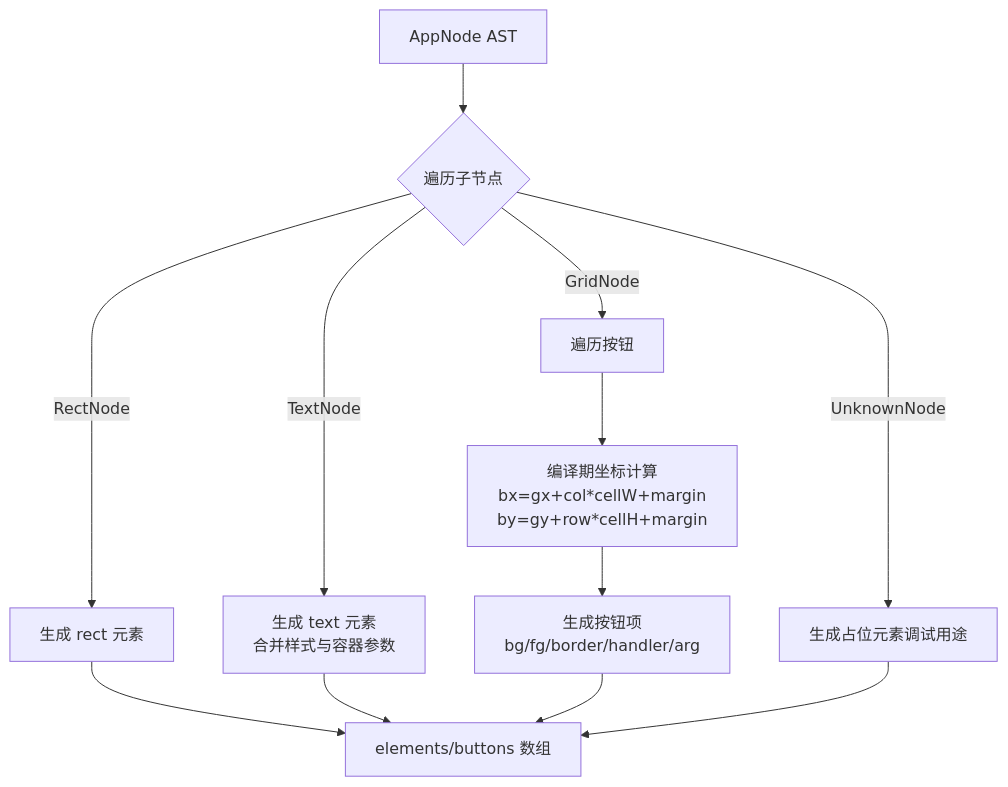
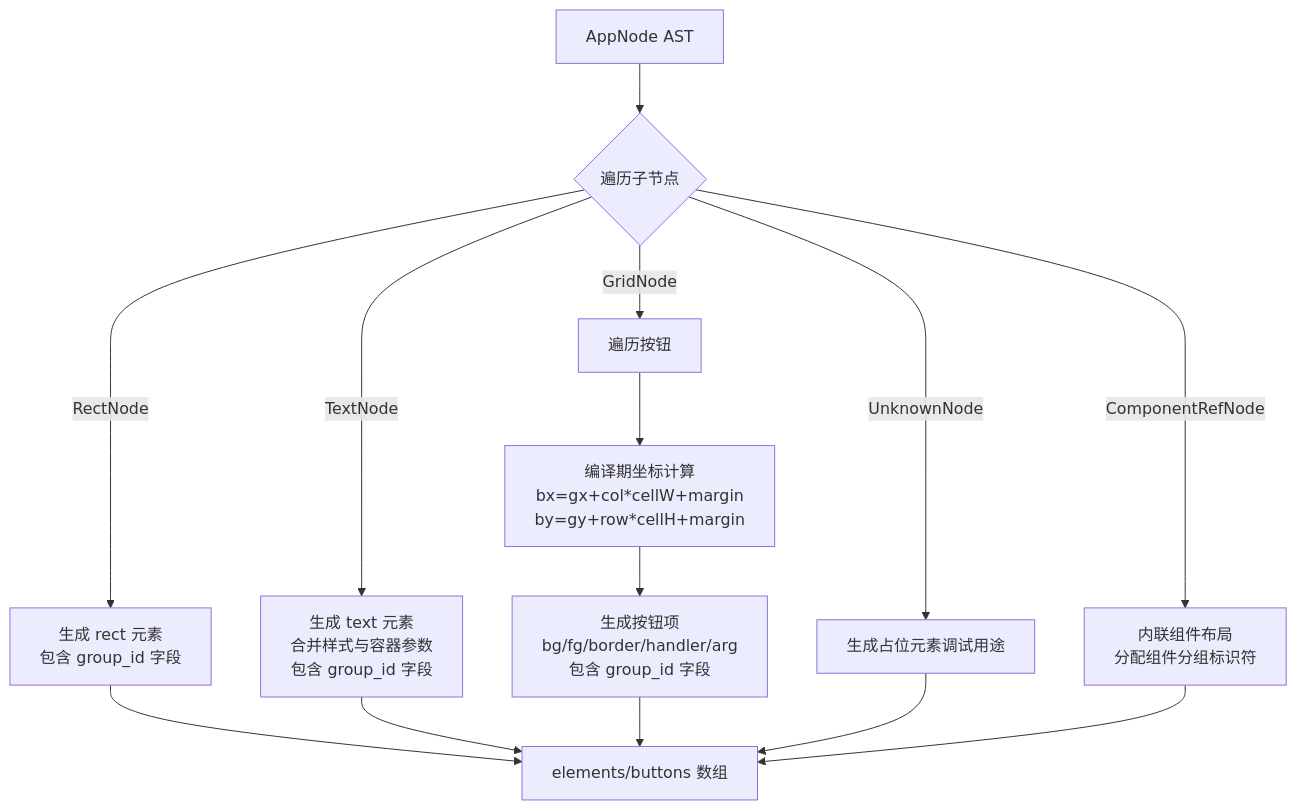
One commit to xingye00186/PHP-Data-UI-Framework-powered-by-swooleAOT changed the fifth of 7 diagrams in .qoder/repowiki/zh/content/SFC编译器系统/模板解析器.md. Above: the diagram before and after it, drawn with Mermaid. The commit also changed other lines of this file and 37 other files, not shown here.

````diff
--- a/.qoder/repowiki/zh/content/SFC编译器系统/模板解析器.md
+++ b/.qoder/repowiki/zh/content/SFC编译器系统/模板解析器.md
@@ -214,14 +231,16 @@
 ```mermaid
 flowchart TD
 A["AppNode AST"] --> B{"遍历子节点"}
-B --> |RectNode| C["生成 rect 元素"]
-B --> |TextNode| D["生成 text 元素<br/>合并样式与容器参数"]
+B --> |RectNode| C["生成 rect 元素<br/>包含 group_id 字段"]
+B --> |TextNode| D["生成 text 元素<br/>合并样式与容器参数<br/>包含 group_id 字段"]
 B --> |GridNode| E["遍历按钮"]
 E --> F["编译期坐标计算<br/>bx=gx+col*cellW+margin<br/>by=gy+row*cellH+margin"]
-F --> G["生成按钮项<br/>bg/fg/border/handler/arg"]
+F --> G["生成按钮项<br/>bg/fg/border/handler/arg<br/>包含 group_id 字段"]
 B --> |UnknownNode| H["生成占位元素调试用途"]
-C --> I["elements/buttons 数组"]
-D --> I
-G --> I
-H --> I
+B --> |ComponentRefNode| I["内联组件布局<br/>分配组件分组标识符"]
+C --> J["elements/buttons 数组"]
+D --> J
+G --> J
+H --> J
+I --> J
 ```
````
